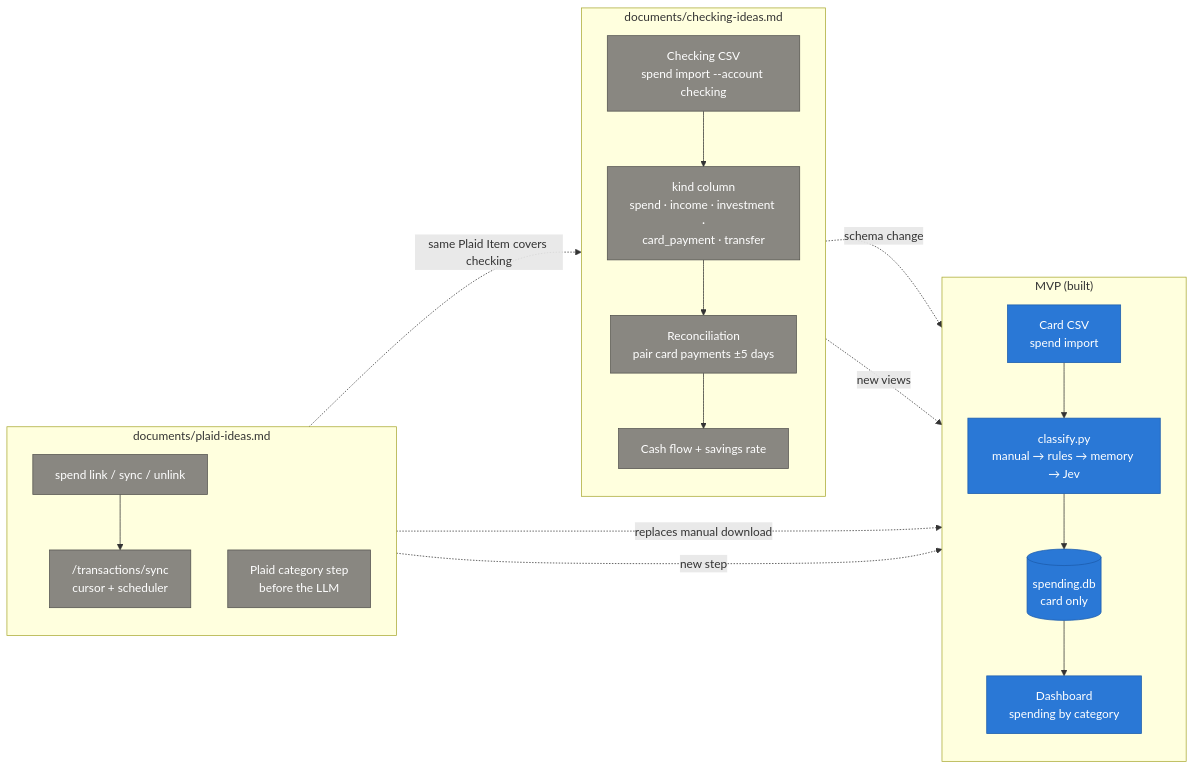
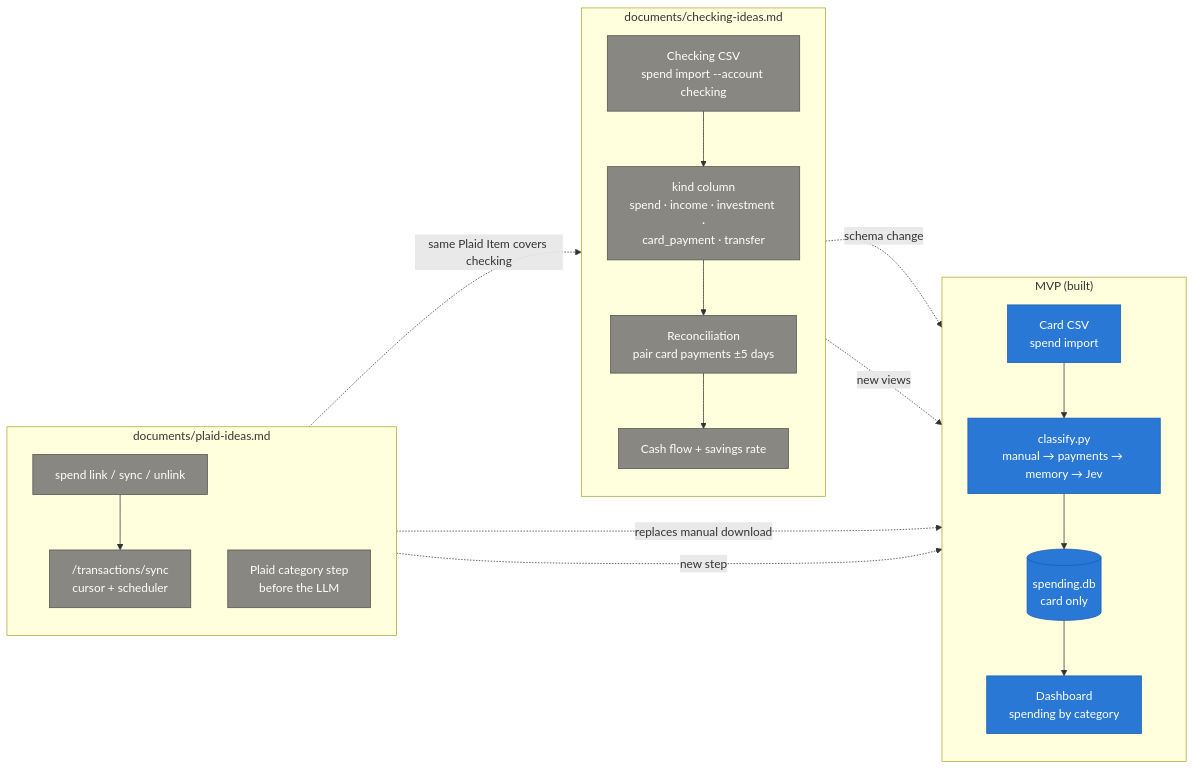
One commit to alessandrofelici/spending-tracker changed the fifth of 6 diagrams in STRUCTURE.md. Above: the diagram before and after it, drawn with Mermaid. The commit also changed other lines of this file and 9 other files, not shown here.

First line of the commit message:
feat(classify)!: stop using keyword rules to categorize imports (#13)

````diff
--- a/STRUCTURE.md
+++ b/STRUCTURE.md
@@ -177,37 +177,37 @@
 ```mermaid
 flowchart LR
     classDef mvp fill:#2a78d6,color:#fff,stroke:#1c5cab
     classDef plan fill:#898781,color:#fff,stroke:#52514e
 
     subgraph MVP["MVP (built)"]
         direction TB
         m1["Card CSV<br/>spend import"]:::mvp
-        m2["classify.py<br/>manual → rules → memory → Jev"]:::mvp
+        m2["classify.py<br/>manual → payments → memory → Jev"]:::mvp
         m3[("spending.db<br/>card only")]:::mvp
         m4["Dashboard<br/>spending by category"]:::mvp
         m1 --> m2 --> m3 --> m4
     end
 
     subgraph PLAID["documents/plaid-ideas.md"]
         direction TB
         p1["spend link / sync / unlink"]:::plan
         p2["/transactions/sync<br/>cursor + scheduler"]:::plan
         p3["Plaid category step<br/>before the LLM"]:::plan
         p1 --> p2
     end
 
     subgraph CHK["documents/checking-ideas.md"]
         direction TB
         c1["Checking CSV<br/>spend import --account checking"]:::plan
         c2["kind column<br/>spend · income · investment ·<br/>card_payment · transfer"]:::plan
         c3["Reconciliation<br/>pair card payments ±5 days"]:::plan
         c4["Cash flow + savings rate"]:::plan
         c1 --> c2 --> c3 --> c4
     end
 
     p2 -. "replaces manual download" .-> m1
     p3 -. "new step" .-> m2
     p2 -. "same Plaid Item covers checking" .-> c1
     c2 -. "schema change" .-> m3
     c4 -. "new views" .-> m4
 ```
````
